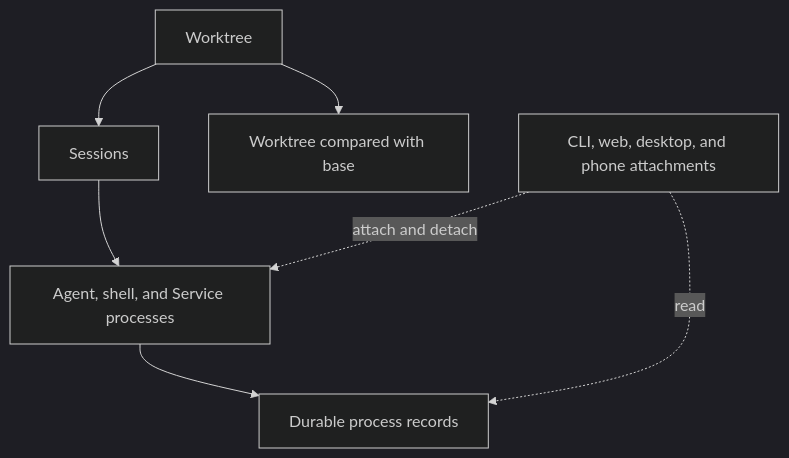
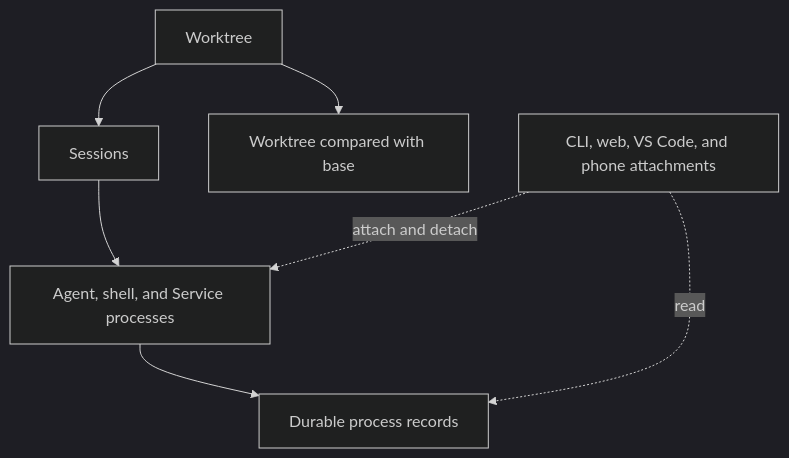
Before and after one commit to sealant-sh/mend: the third of 3 diagrams in apps/docs/src/content/docs/concepts/how-mend-works.md, drawn with Mermaid (dark theme). The commit also changed other lines of this file and 45 other files, not shown here.

````diff
--- a/apps/docs/src/content/docs/concepts/how-mend-works.md
+++ b/apps/docs/src/content/docs/concepts/how-mend-works.md
@@ -117,16 +118,16 @@
 ```mermaid
 flowchart TD
   worktree[Worktree]
   session[Sessions]
   processes[Agent, shell, and Service processes]
   record[Durable process records]
   change[Worktree compared with base]
-  clients[CLI, web, desktop, and phone attachments]
+  clients[CLI, web, VS Code, and phone attachments]
 
   worktree --> session
   worktree --> change
   session --> processes
   processes --> record
   clients -. attach and detach .-> processes
   clients -. read .-> record
 ```
````
